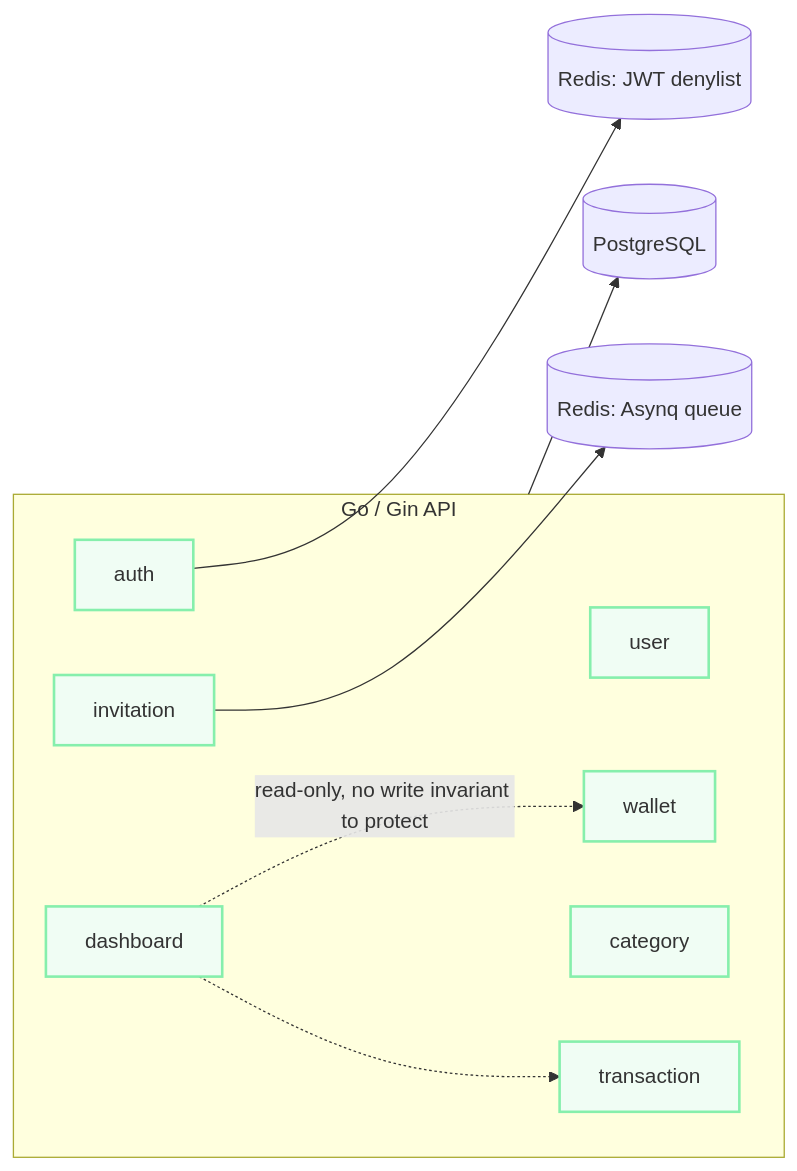
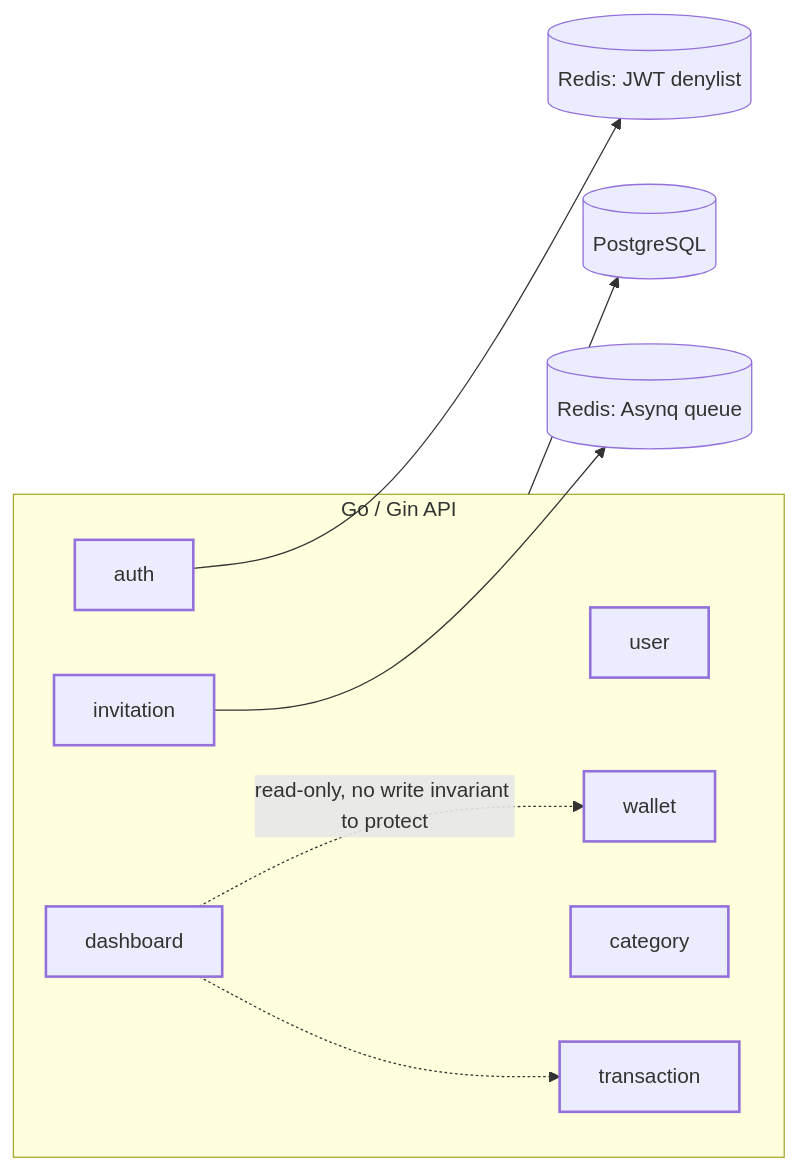
Before and after one commit to khoahotran/portfolio: the third of 3 diagrams in content/projects/pfm.md, drawn with Mermaid. The commit also changed 6 other files, not shown here.

````diff
--- a/content/projects/pfm.md
+++ b/content/projects/pfm.md
@@ -91,19 +91,19 @@
 ```mermaid
 flowchart LR
   subgraph API[Go / Gin API]
     Auth[auth]:::mod
     Invite[invitation]:::mod
     User[user]:::mod
     Wallet[wallet]:::mod
     Category[category]:::mod
     Transaction[transaction]:::mod
     Dashboard[dashboard]:::mod
   end
   Dashboard -.->|"read-only, no write invariant to protect"| Wallet
   Dashboard -.-> Transaction
   API --> PG[(PostgreSQL)]
   Invite --> Redis[(Redis: Asynq queue)]
   Auth --> RedisDeny[(Redis: JWT denylist)]
 
-  classDef mod fill:#f0fdf4,stroke:#86efac,stroke-width:2px;
+  classDef mod stroke-width:2px;
 ```
````
